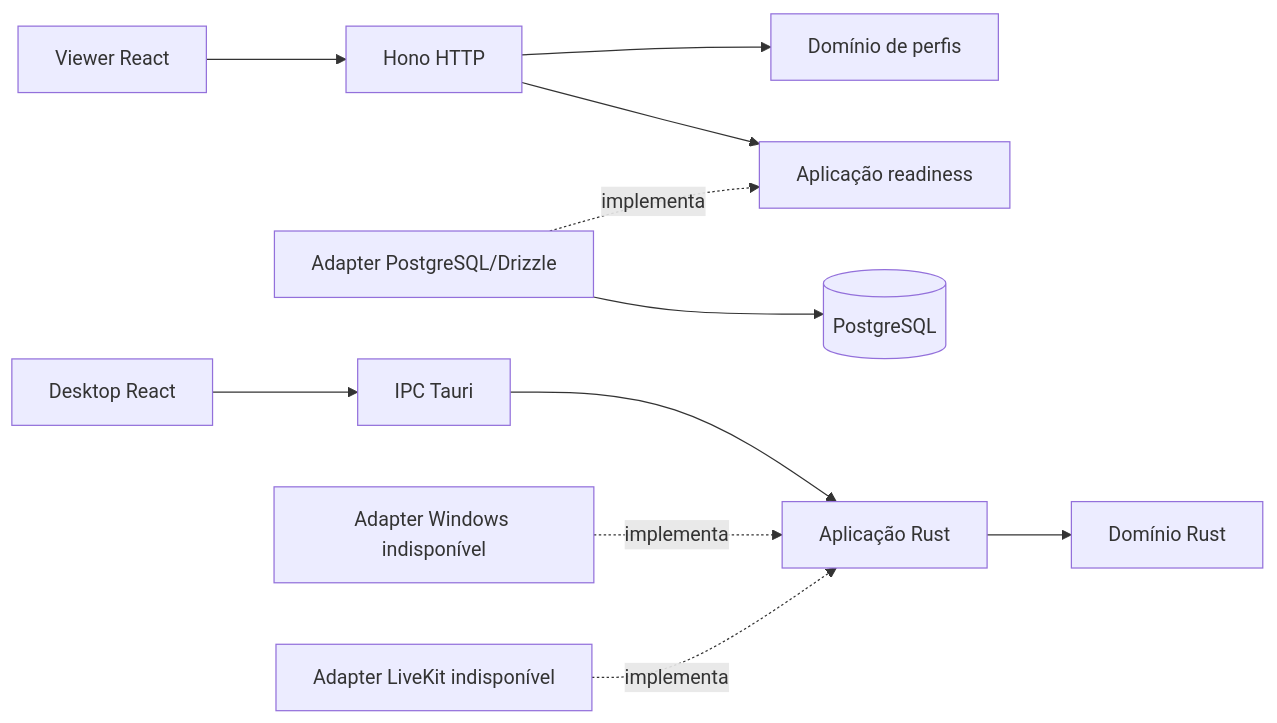
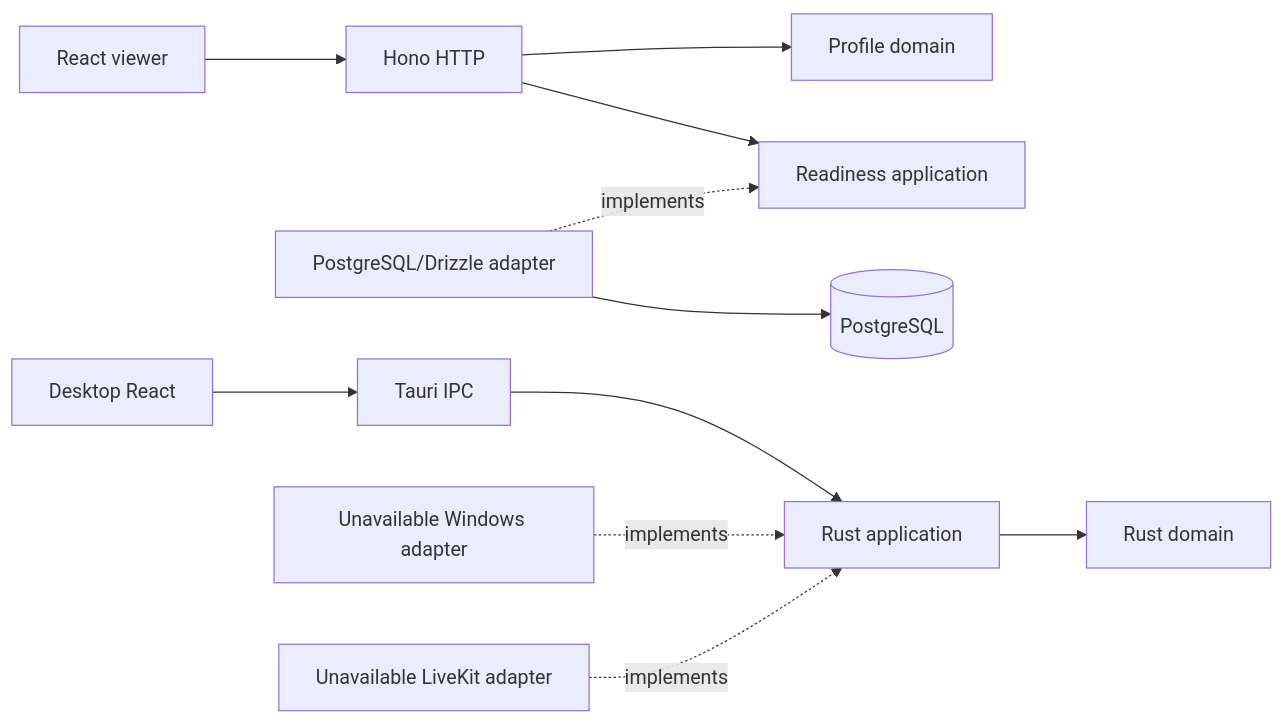
One commit to jaovito/screen-share changed the diagram in docs/architecture.md. Above: the diagram before and after it, drawn with Mermaid. The commit also changed other lines of this file and 83 other files, not shown here.

````diff
--- a/docs/architecture.md
+++ b/docs/architecture.md
@@ -5,13 +5,13 @@
 ```mermaid
 flowchart LR
-  WEB[Viewer React] --> HTTP[Hono HTTP]
-  HTTP --> PROFILE[Domínio de perfis]
-  HTTP --> READY[Aplicação readiness]
-  PG[Adapter PostgreSQL/Drizzle] -. implementa .-> READY
+  WEB[React viewer] --> HTTP[Hono HTTP]
+  HTTP --> PROFILE[Profile domain]
+  HTTP --> READY[Readiness application]
+  PG[PostgreSQL/Drizzle adapter] -. implements .-> READY
   PG --> DB[(PostgreSQL)]
-  UI[Desktop React] --> IPC[IPC Tauri]
-  IPC --> APP[Aplicação Rust]
-  APP --> DOMAIN[Domínio Rust]
-  WGC[Adapter Windows indisponível] -. implementa .-> APP
-  RTC[Adapter LiveKit indisponível] -. implementa .-> APP
+  UI[Desktop React] --> IPC[Tauri IPC]
+  IPC --> APP[Rust application]
+  APP --> DOMAIN[Rust domain]
+  WGC[Unavailable Windows adapter] -. implements .-> APP
+  RTC[Unavailable LiveKit adapter] -. implements .-> APP
 ```
````
